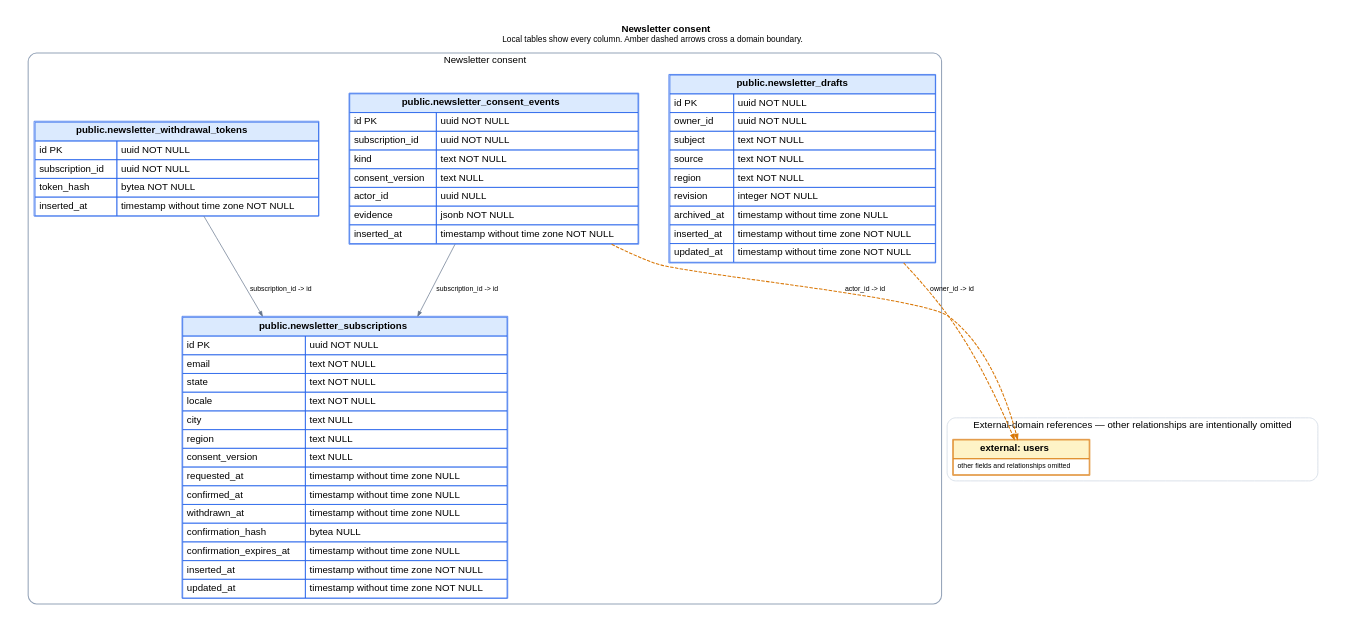
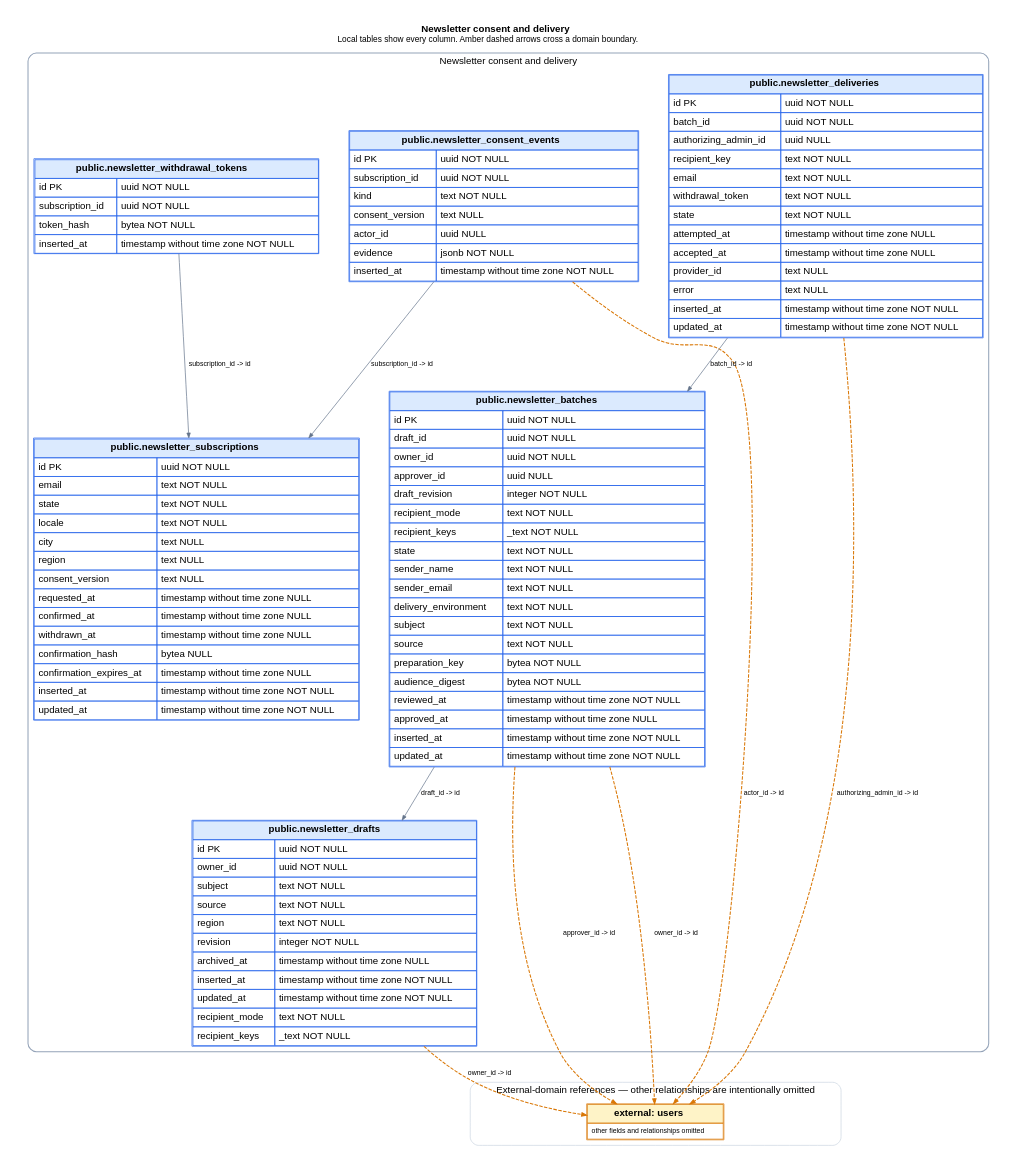
One commit to ogourment/pauseai.ca-website changed the diagram in docs/schema/domains/newsletter.dot. Above: the diagram before and after it, drawn with Graphviz. The commit also changed 24 other files, not shown here.

Commit message:
Implement reviewed manual email batches and durable guarded delivery in dev

```diff
--- a/docs/schema/domains/newsletter.dot
+++ b/docs/schema/domains/newsletter.dot
@@ -1,61 +1,80 @@
 digraph newsletter {
   graph [rankdir=TB, bgcolor="white", pad=0.35, nodesep=0.6, ranksep=0.9, fontname="Helvetica"];
   node [shape=plain, fontname="Helvetica"];
   edge [fontname="Helvetica", fontsize=10, arrowsize=0.7];
   labelloc="t";
-  label=< <B>Newsletter consent</B><BR/><FONT POINT-SIZE="12">Local tables show every column. Amber dashed arrows cross a domain boundary.</FONT> >;
+  label=< <B>Newsletter consent and delivery</B><BR/><FONT POINT-SIZE="12">Local tables show every column. Amber dashed arrows cross a domain boundary.</FONT> >;
 
   subgraph cluster_local {
-    label="Newsletter consent";
+    label="Newsletter consent and delivery";
     color="#94a3b8";
     penwidth=1.5;
     style="rounded";
   "newsletter_subscriptions" [label=<
     <TABLE BORDER="1" CELLBORDER="1" CELLSPACING="0" CELLPADDING="5" COLOR="#2563eb">
       <TR><TD BGCOLOR="#dbeafe" COLSPAN="2"><B>public.newsletter_subscriptions</B></TD></TR>
       <TR><TD ALIGN="LEFT">id PK</TD><TD ALIGN="LEFT">uuid NOT NULL</TD></TR><TR><TD ALIGN="LEFT">email</TD><TD ALIGN="LEFT">text NOT NULL</TD></TR><TR><TD ALIGN="LEFT">state</TD><TD ALIGN="LEFT">text NOT NULL</TD></TR><TR><TD ALIGN="LEFT">locale</TD><TD ALIGN="LEFT">text NOT NULL</TD></TR><TR><TD ALIGN="LEFT">city</TD><TD ALIGN="LEFT">text NULL</TD></TR><TR><TD ALIGN="LEFT">region</TD><TD ALIGN="LEFT">text NULL</TD></TR><TR><TD ALIGN="LEFT">consent_version</TD><TD ALIGN="LEFT">text NULL</TD></TR><TR><TD ALIGN="LEFT">requested_at</TD><TD ALIGN="LEFT">timestamp without time zone NULL</TD></TR><TR><TD ALIGN="LEFT">confirmed_at</TD><TD ALIGN="LEFT">timestamp without time zone NULL</TD></TR><TR><TD ALIGN="LEFT">withdrawn_at</TD><TD ALIGN="LEFT">timestamp without time zone NULL</TD></TR><TR><TD ALIGN="LEFT">confirmation_hash</TD><TD ALIGN="LEFT">bytea NULL</TD></TR><TR><TD ALIGN="LEFT">confirmation_expires_at</TD><TD ALIGN="LEFT">timestamp without time zone NULL</TD></TR><TR><TD ALIGN="LEFT">inserted_at</TD><TD ALIGN="LEFT">timestamp without time zone NOT NULL</TD></TR><TR><TD ALIGN="LEFT">updated_at</TD><TD ALIGN="LEFT">timestamp without time zone NOT NULL</TD></TR>
     </TABLE>
   >];
 
   "newsletter_consent_events" [label=<
     <TABLE BORDER="1" CELLBORDER="1" CELLSPACING="0" CELLPADDING="5" COLOR="#2563eb">
       <TR><TD BGCOLOR="#dbeafe" COLSPAN="2"><B>public.newsletter_consent_events</B></TD></TR>
       <TR><TD ALIGN="LEFT">id PK</TD><TD ALIGN="LEFT">uuid NOT NULL</TD></TR><TR><TD ALIGN="LEFT">subscription_id</TD><TD ALIGN="LEFT">uuid NOT NULL</TD></TR><TR><TD ALIGN="LEFT">kind</TD><TD ALIGN="LEFT">text NOT NULL</TD></TR><TR><TD ALIGN="LEFT">consent_version</TD><TD ALIGN="LEFT">text NULL</TD></TR><TR><TD ALIGN="LEFT">actor_id</TD><TD ALIGN="LEFT">uuid NULL</TD></TR><TR><TD ALIGN="LEFT">evidence</TD><TD ALIGN="LEFT">jsonb NOT NULL</TD></TR><TR><TD ALIGN="LEFT">inserted_at</TD><TD ALIGN="LEFT">timestamp without time zone NOT NULL</TD></TR>
     </TABLE>
   >];
 
   "newsletter_withdrawal_tokens" [label=<
     <TABLE BORDER="1" CELLBORDER="1" CELLSPACING="0" CELLPADDING="5" COLOR="#2563eb">
       <TR><TD BGCOLOR="#dbeafe" COLSPAN="2"><B>public.newsletter_withdrawal_tokens</B></TD></TR>
       <TR><TD ALIGN="LEFT">id PK</TD><TD ALIGN="LEFT">uuid NOT NULL</TD></TR><TR><TD ALIGN="LEFT">subscription_id</TD><TD ALIGN="LEFT">uuid NOT NULL</TD></TR><TR><TD ALIGN="LEFT">token_hash</TD><TD ALIGN="LEFT">bytea NOT NULL</TD></TR><TR><TD ALIGN="LEFT">inserted_at</TD><TD ALIGN="LEFT">timestamp without time zone NOT NULL</TD></TR>
     </TABLE>
   >];
 
   "newsletter_drafts" [label=<
     <TABLE BORDER="1" CELLBORDER="1" CELLSPACING="0" CELLPADDING="5" COLOR="#2563eb">
       <TR><TD BGCOLOR="#dbeafe" COLSPAN="2"><B>public.newsletter_drafts</B></TD></TR>
-      <TR><TD ALIGN="LEFT">id PK</TD><TD ALIGN="LEFT">uuid NOT NULL</TD></TR><TR><TD ALIGN="LEFT">owner_id</TD><TD ALIGN="LEFT">uuid NOT NULL</TD></TR><TR><TD ALIGN="LEFT">subject</TD><TD ALIGN="LEFT">text NOT NULL</TD></TR><TR><TD ALIGN="LEFT">source</TD><TD ALIGN="LEFT">text NOT NULL</TD></TR><TR><TD ALIGN="LEFT">region</TD><TD ALIGN="LEFT">text NOT NULL</TD></TR><TR><TD ALIGN="LEFT">revision</TD><TD ALIGN="LEFT">integer NOT NULL</TD></TR><TR><TD ALIGN="LEFT">archived_at</TD><TD ALIGN="LEFT">timestamp without time zone NULL</TD></TR><TR><TD ALIGN="LEFT">inserted_at</TD><TD ALIGN="LEFT">timestamp without time zone NOT NULL</TD></TR><TR><TD ALIGN="LEFT">updated_at</TD><TD ALIGN="LEFT">timestamp without time zone NOT NULL</TD></TR>
+      <TR><TD ALIGN="LEFT">id PK</TD><TD ALIGN="LEFT">uuid NOT NULL</TD></TR><TR><TD ALIGN="LEFT">owner_id</TD><TD ALIGN="LEFT">uuid NOT NULL</TD></TR><TR><TD ALIGN="LEFT">subject</TD><TD ALIGN="LEFT">text NOT NULL</TD></TR><TR><TD ALIGN="LEFT">source</TD><TD ALIGN="LEFT">text NOT NULL</TD></TR><TR><TD ALIGN="LEFT">region</TD><TD ALIGN="LEFT">text NOT NULL</TD></TR><TR><TD ALIGN="LEFT">revision</TD><TD ALIGN="LEFT">integer NOT NULL</TD></TR><TR><TD ALIGN="LEFT">archived_at</TD><TD ALIGN="LEFT">timestamp without time zone NULL</TD></TR><TR><TD ALIGN="LEFT">inserted_at</TD><TD ALIGN="LEFT">timestamp without time zone NOT NULL</TD></TR><TR><TD ALIGN="LEFT">updated_at</TD><TD ALIGN="LEFT">timestamp without time zone NOT NULL</TD></TR><TR><TD ALIGN="LEFT">recipient_mode</TD><TD ALIGN="LEFT">text NOT NULL</TD></TR><TR><TD ALIGN="LEFT">recipient_keys</TD><TD ALIGN="LEFT">_text NOT NULL</TD></TR>
+    </TABLE>
+  >];
+
+  "newsletter_batches" [label=<
+    <TABLE BORDER="1" CELLBORDER="1" CELLSPACING="0" CELLPADDING="5" COLOR="#2563eb">
+      <TR><TD BGCOLOR="#dbeafe" COLSPAN="2"><B>public.newsletter_batches</B></TD></TR>
+      <TR><TD ALIGN="LEFT">id PK</TD><TD ALIGN="LEFT">uuid NOT NULL</TD></TR><TR><TD ALIGN="LEFT">draft_id</TD><TD ALIGN="LEFT">uuid NOT NULL</TD></TR><TR><TD ALIGN="LEFT">owner_id</TD><TD ALIGN="LEFT">uuid NOT NULL</TD></TR><TR><TD ALIGN="LEFT">approver_id</TD><TD ALIGN="LEFT">uuid NULL</TD></TR><TR><TD ALIGN="LEFT">draft_revision</TD><TD ALIGN="LEFT">integer NOT NULL</TD></TR><TR><TD ALIGN="LEFT">recipient_mode</TD><TD ALIGN="LEFT">text NOT NULL</TD></TR><TR><TD ALIGN="LEFT">recipient_keys</TD><TD ALIGN="LEFT">_text NOT NULL</TD></TR><TR><TD ALIGN="LEFT">state</TD><TD ALIGN="LEFT">text NOT NULL</TD></TR><TR><TD ALIGN="LEFT">sender_name</TD><TD ALIGN="LEFT">text NOT NULL</TD></TR><TR><TD ALIGN="LEFT">sender_email</TD><TD ALIGN="LEFT">text NOT NULL</TD></TR><TR><TD ALIGN="LEFT">delivery_environment</TD><TD ALIGN="LEFT">text NOT NULL</TD></TR><TR><TD ALIGN="LEFT">subject</TD><TD ALIGN="LEFT">text NOT NULL</TD></TR><TR><TD ALIGN="LEFT">source</TD><TD ALIGN="LEFT">text NOT NULL</TD></TR><TR><TD ALIGN="LEFT">preparation_key</TD><TD ALIGN="LEFT">bytea NOT NULL</TD></TR><TR><TD ALIGN="LEFT">audience_digest</TD><TD ALIGN="LEFT">bytea NOT NULL</TD></TR><TR><TD ALIGN="LEFT">reviewed_at</TD><TD ALIGN="LEFT">timestamp without time zone NOT NULL</TD></TR><TR><TD ALIGN="LEFT">approved_at</TD><TD ALIGN="LEFT">timestamp without time zone NULL</TD></TR><TR><TD ALIGN="LEFT">inserted_at</TD><TD ALIGN="LEFT">timestamp without time zone NOT NULL</TD></TR><TR><TD ALIGN="LEFT">updated_at</TD><TD ALIGN="LEFT">timestamp without time zone NOT NULL</TD></TR>
+    </TABLE>
+  >];
+
+  "newsletter_deliveries" [label=<
+    <TABLE BORDER="1" CELLBORDER="1" CELLSPACING="0" CELLPADDING="5" COLOR="#2563eb">
+      <TR><TD BGCOLOR="#dbeafe" COLSPAN="2"><B>public.newsletter_deliveries</B></TD></TR>
+      <TR><TD ALIGN="LEFT">id PK</TD><TD ALIGN="LEFT">uuid NOT NULL</TD></TR><TR><TD ALIGN="LEFT">batch_id</TD><TD ALIGN="LEFT">uuid NOT NULL</TD></TR><TR><TD ALIGN="LEFT">authorizing_admin_id</TD><TD ALIGN="LEFT">uuid NULL</TD></TR><TR><TD ALIGN="LEFT">recipient_key</TD><TD ALIGN="LEFT">text NOT NULL</TD></TR><TR><TD ALIGN="LEFT">email</TD><TD ALIGN="LEFT">text NOT NULL</TD></TR><TR><TD ALIGN="LEFT">withdrawal_token</TD><TD ALIGN="LEFT">text NOT NULL</TD></TR><TR><TD ALIGN="LEFT">state</TD><TD ALIGN="LEFT">text NOT NULL</TD></TR><TR><TD ALIGN="LEFT">attempted_at</TD><TD ALIGN="LEFT">timestamp without time zone NULL</TD></TR><TR><TD ALIGN="LEFT">accepted_at</TD><TD ALIGN="LEFT">timestamp without time zone NULL</TD></TR><TR><TD ALIGN="LEFT">provider_id</TD><TD ALIGN="LEFT">text NULL</TD></TR><TR><TD ALIGN="LEFT">error</TD><TD ALIGN="LEFT">text NULL</TD></TR><TR><TD ALIGN="LEFT">inserted_at</TD><TD ALIGN="LEFT">timestamp without time zone NOT NULL</TD></TR><TR><TD ALIGN="LEFT">updated_at</TD><TD ALIGN="LEFT">timestamp without time zone NOT NULL</TD></TR>
     </TABLE>
   >];
 
   }
 
   subgraph cluster_external {
     label="External-domain references — other relationships are intentionally omitted";
     color="#cbd5e1";
     penwidth=1;
     style="rounded";
   "users" [label=<
     <TABLE BORDER="1" CELLBORDER="1" CELLSPACING="0" CELLPADDING="5" COLOR="#d97706">
       <TR><TD BGCOLOR="#fef3c7"><B>external: users</B></TD></TR>
       <TR><TD><FONT POINT-SIZE="10">other fields and relationships omitted</FONT></TD></TR>
     </TABLE>
   >];
 
   }
 
+  "newsletter_batches" -> "users" [label="approver_id -> id", color="#d97706", style="dashed", penwidth=1.5];
+  "newsletter_batches" -> "newsletter_drafts" [label="draft_id -> id", color="#64748b"];
+  "newsletter_batches" -> "users" [label="owner_id -> id", color="#d97706", style="dashed", penwidth=1.5];
   "newsletter_consent_events" -> "users" [label="actor_id -> id", color="#d97706", style="dashed", penwidth=1.5];
   "newsletter_consent_events" -> "newsletter_subscriptions" [label="subscription_id -> id", color="#64748b"];
+  "newsletter_deliveries" -> "users" [label="authorizing_admin_id -> id", color="#d97706", style="dashed", penwidth=1.5];
+  "newsletter_deliveries" -> "newsletter_batches" [label="batch_id -> id", color="#64748b"];
   "newsletter_drafts" -> "users" [label="owner_id -> id", color="#d97706", style="dashed", penwidth=1.5];
   "newsletter_withdrawal_tokens" -> "newsletter_subscriptions" [label="subscription_id -> id", color="#64748b"];
 }
```
